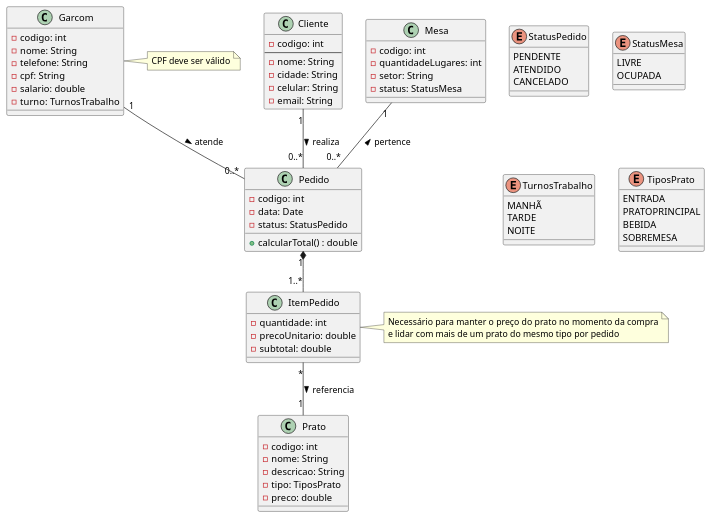
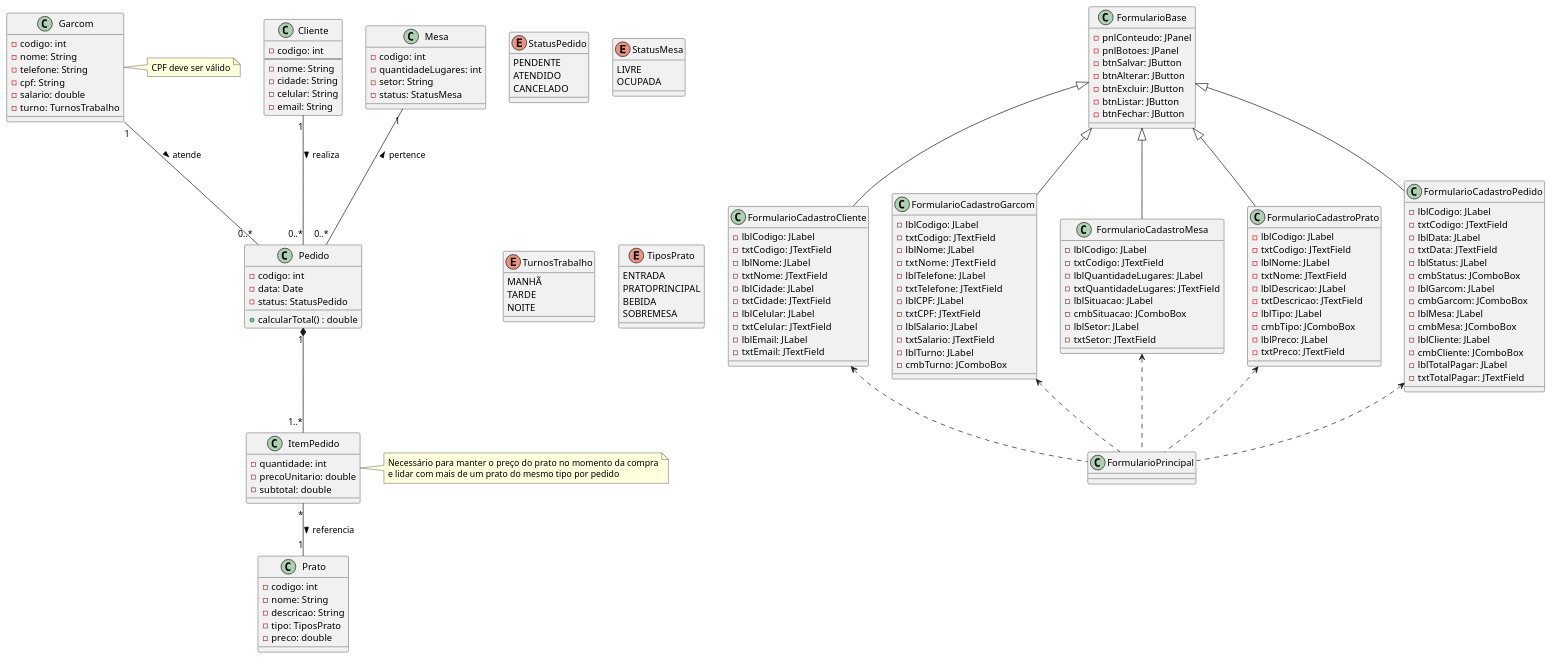
One commit to enzoguinossi/ProjetoFinalFabiano changed the diagram in docs/diagramas/classes/diagrama-classes.puml. Above: the diagram before and after it, drawn with PlantUML.

Commit message:
feat: Adiciona classes de interface

```diff
--- a/docs/diagramas/classes/diagrama-classes.puml
+++ b/docs/diagramas/classes/diagrama-classes.puml
@@ -28,7 +28,97 @@
 }
 
 '===============================================================
-'                          CLASSES
+'                          CLASSES INTERFACE
+'===============================================================
+
+
+class FormularioBase {
+    - pnlConteudo: JPanel
+    - pnlBotoes: JPanel
+    - btnSalvar: JButton
+    - btnAlterar: JButton
+    - btnExcluir: JButton
+    - btnListar: JButton
+    - btnFechar: JButton
+}
+
+' TODO: ADICIONAR LISTA/TABELA
+class FormularioCadastroCliente extends FormularioBase {
+    - lblCodigo: JLabel
+    - txtCodigo: JTextField
+    - lblNome: JLabel
+    - txtNome: JTextField
+    - lblCidade: JLabel
+    - txtCidade: JTextField
+    - lblCelular: JLabel
+    - txtCelular: JTextField
+    - lblEmail: JLabel
+    - txtEmail: JTextField
+}
+
+' TODO: ADICIONAR LISTA/TABELA
+class FormularioCadastroGarcom extends FormularioBase {
+    - lblCodigo: JLabel
+    - txtCodigo: JTextField
+    - lblNome: JLabel
+    - txtNome:   JTextField
+    - lblTelefone: JLabel
+    - txtTelefone: JTextField
+    - lblCPF: JLabel
+    - txtCPF: JTextField
+    - lblSalario: JLabel
+    - txtSalario: JTextField
+    - lblTurno: JLabel
+    - cmbTurno: JComboBox
+}
+
+' TODO: ADICIONAR LISTA/TABELA
+class FormularioCadastroMesa extends FormularioBase {
+    - lblCodigo: JLabel
+    - txtCodigo: JTextField
+    - lblQuantidadeLugares: JLabel
+    - txtQuantidadeLugares: JTextField
+    - lblSituacao: JLabel
+    - cmbSituacao: JComboBox
+    - lblSetor: JLabel
+    - txtSetor: JTextField
+}
+
+' TODO: ADICIONAR LISTA/TABELA
+class FormularioCadastroPrato extends FormularioBase {
+    - lblCodigo: JLabel
+    - txtCodigo: JTextField
+    - lblNome: JLabel
+    - txtNome: JTextField
+    - lblDescricao: JLabel
+    - txtDescricao: JTextField
+    - lblTipo: JLabel
+    - cmbTipo: JComboBox
+    - lblPreco: JLabel
+    - txtPreco: JTextField
+}
+
+' TODO: ADICIONAR LISTA/TABELA
+class FormularioCadastroPedido extends FormularioBase {
+    - lblCodigo: JLabel
+    - txtCodigo: JTextField
+    - lblData: JLabel
+    - txtData: JTextField
+    - lblStatus: JLabel
+    - cmbStatus: JComboBox
+    - lblGarcom: JLabel
+    - cmbGarcom: JComboBox
+    - lblMesa: JLabel
+    - cmbMesa: JComboBox
+    - lblCliente: JLabel
+    - cmbCliente: JComboBox
+    - lblTotalPagar: JLabel
+    - txtTotalPagar: JTextField
+}
+class FormularioPrincipal {
+}
+'===============================================================
+'                          CLASSES ENTIDADES
 '===============================================================
 
 class Cliente {
@@ -90,6 +180,12 @@
 
 ItemPedido "*"-- "1" Prato: referencia >
 
+FormularioCadastroCliente <.. FormularioPrincipal
+FormularioCadastroGarcom <.. FormularioPrincipal
+FormularioCadastroMesa <.. FormularioPrincipal
+FormularioCadastroPedido <.. FormularioPrincipal
+FormularioCadastroPrato <.. FormularioPrincipal
+
 '===============================================================
 '                           ANOTAÇÕES
 '===============================================================
```
